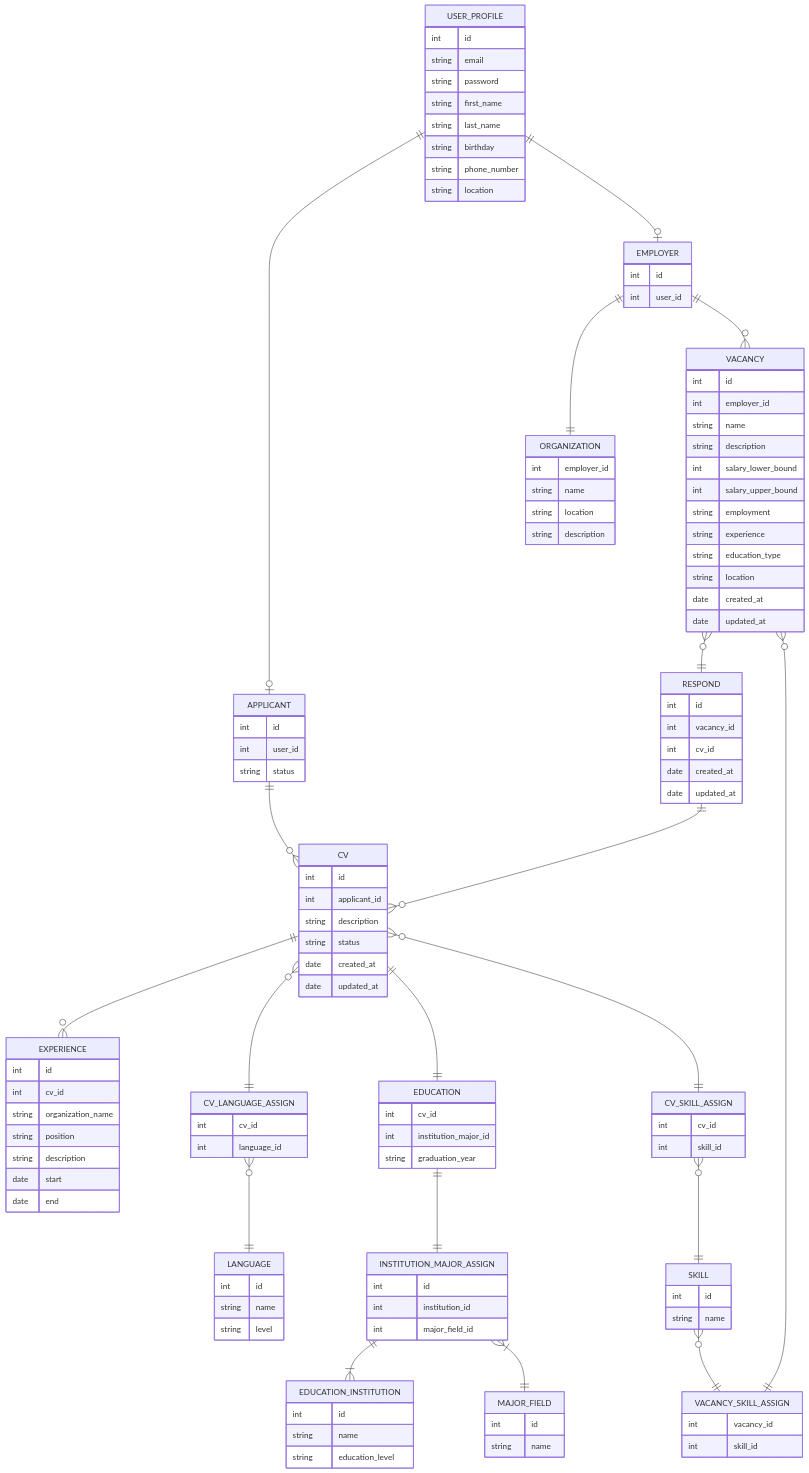
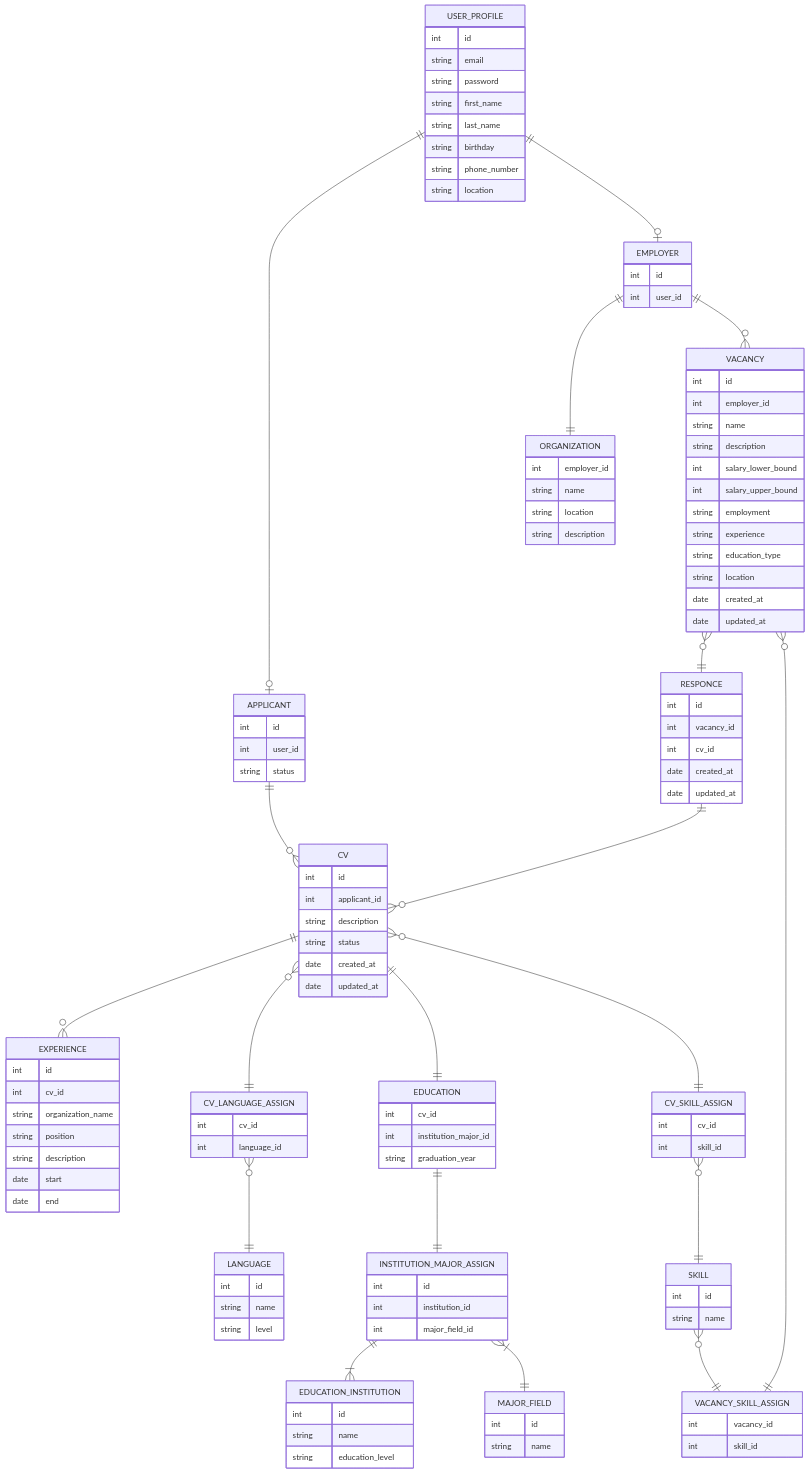
The diagram in db/normalized/relations.md (go-park-mail-ru/2023_2_VIVE), drawn with Mermaid before and after one commit. The commit also changed other lines of this file, not shown here.

Commit message:
VIVE-58: Изменить название отношения RESPONCE

```diff
--- a/db/normalized/relations.md
+++ b/db/normalized/relations.md
@@ -111,7 +111,7 @@
         date updated_at
     }
 
-    RESPOND {
+    RESPONCE {
         int id
         int vacancy_id
         int cv_id
@@ -144,8 +144,8 @@
 
 
 
-    VACANCY }o--|| RESPOND : ""
-    RESPOND ||--o{ CV : ""
+    VACANCY }o--|| RESPONCE : ""
+    RESPONCE ||--o{ CV : ""
 
     VACANCY }o--|| VACANCY_SKILL_ASSIGN : ""
     SKILL }o--|| VACANCY_SKILL_ASSIGN : ""
```
